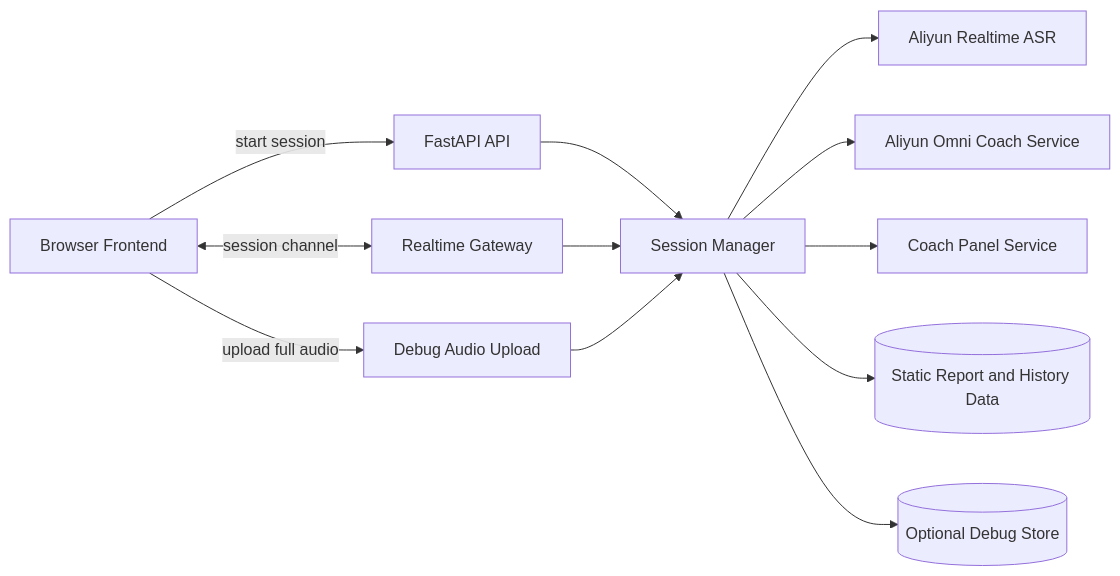
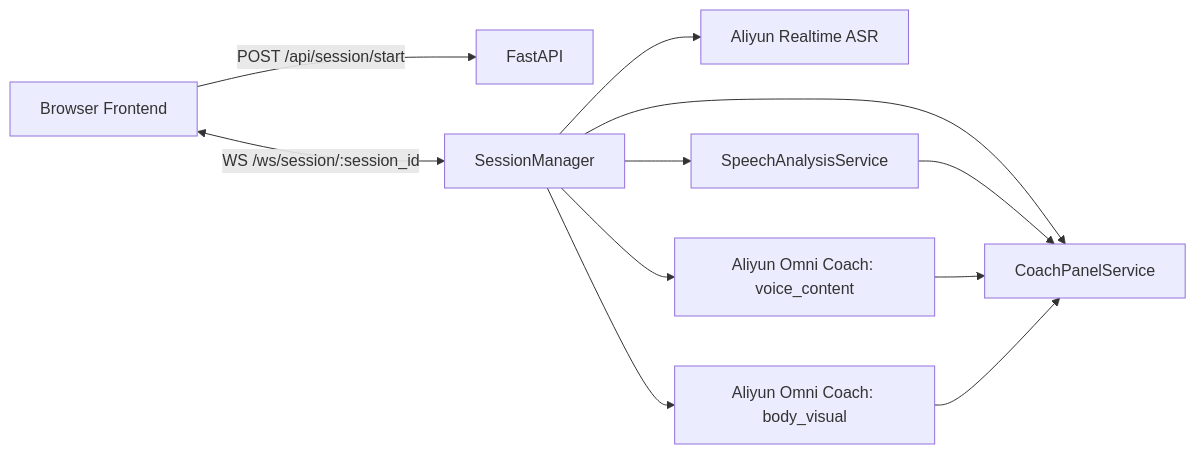
The diagram in backend/REALTIME_ARCHITECTURE.md (Nigel-yuan/speak_up), drawn with Mermaid before and after one commit. The commit also changed other lines of this file and 19 other files, not shown here.

````diff
--- a/backend/REALTIME_ARCHITECTURE.md
+++ b/backend/REALTIME_ARCHITECTURE.md
@@ -47,16 +36,15 @@
 ```mermaid
 flowchart LR
-    A[Browser Frontend] -->|start session| B[FastAPI API]
-    A <-->|session channel| C[Realtime Gateway]
-    A -->|upload full audio| D[Debug Audio Upload]
+    A[Browser Frontend] -->|POST /api/session/start| B[FastAPI]
+    A <-->|WS /ws/session/:session_id| C[SessionManager]
 
-    B --> E[Session Manager]
-    C --> E
-    D --> E
+    C --> D[Aliyun Realtime ASR]
+    C --> E[Aliyun Omni Coach: voice_content]
+    C --> F[Aliyun Omni Coach: body_visual]
+    C --> G[SpeechAnalysisService]
+    C --> H[CoachPanelService]
 
-    E --> F[Aliyun Realtime ASR]
-    E --> G[Aliyun Omni Coach Service]
-    E --> H[Coach Panel Service]
-    E --> I[(Static Report and History Data)]
-    E --> J[(Optional Debug Store)]
+    G --> H
+    E --> H
+    F --> H
 ```
````
